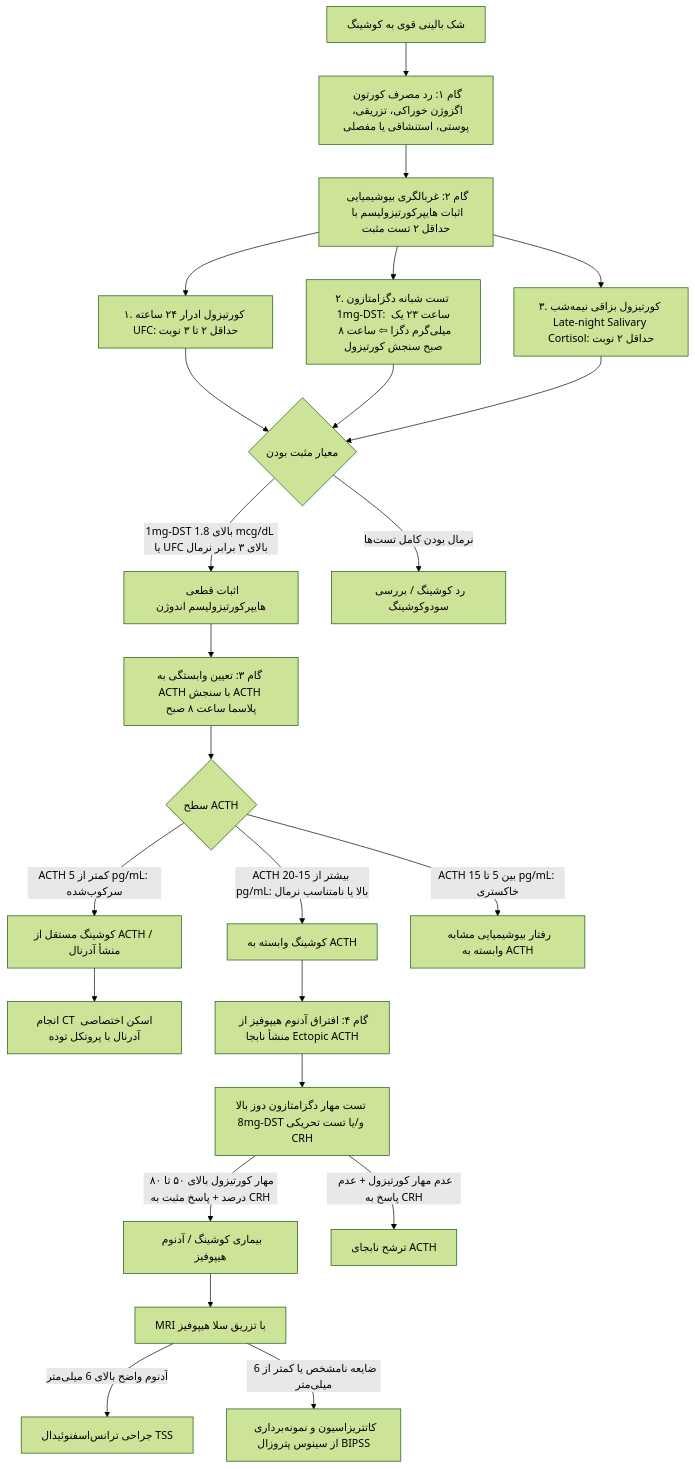
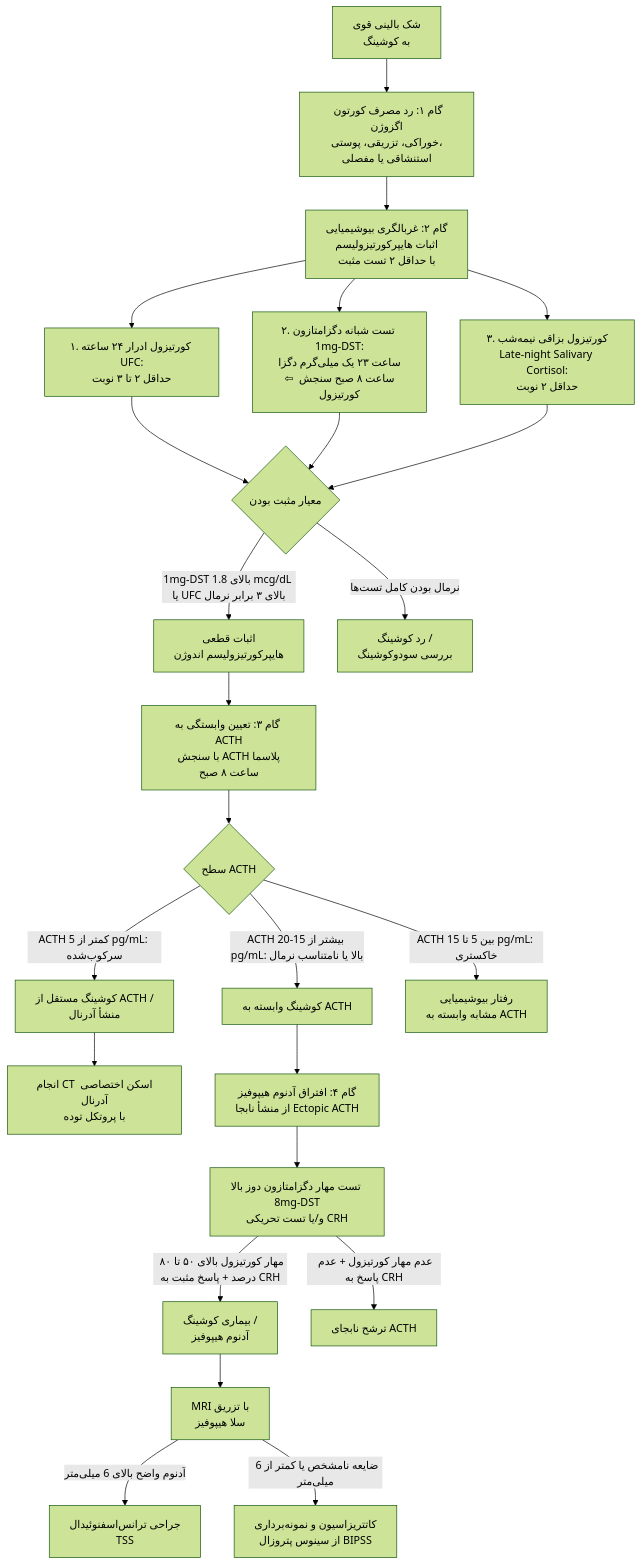
Before and after one commit to neopulse-hub/TUMS-1402-1-neo: the fourth of 10 diagrams in 07/مبانی غدد/آدرنال.md, drawn with Mermaid (forest theme). The commit also changed other lines of this file, not shown here.

````diff
--- a/07/مبانی غدد/آدرنال.md
+++ b/07/مبانی غدد/آدرنال.md
@@ -107,32 +108,32 @@
 ```mermaid
 flowchart TD
-    Susp[شک بالینی قوی به کوشینگ] --> Step1[گام ۱: رد مصرف کورتون اگزوژن خوراکی، تزریقی، پوستی، استنشاقی یا مفصلی]
-    
-    Step1 --> Screen[گام ۲: غربالگری بیوشیمیایی اثبات هایپرکورتیزولیسم با حداقل ۲ تست مثبت]
-    Screen --> T1[۱. کورتیزول ادرار ۲۴ ساعته UFC: حداقل ۲ تا ۳ نوبت]
-    Screen --> T2[۲. تست شبانه دگزامتازون 1mg-DST: ساعت ۲۳ یک میلی‌گرم دگزا ⇦ ساعت ۸ صبح سنجش کورتیزول]
-    Screen --> T3[۳. کورتیزول بزاقی نیمه‌شب Late-night Salivary Cortisol: حداقل ۲ نوبت]
 
-    T1 & T2 & T3 --> CutOff{معیار مثبت بودن}
-    CutOff -->|1mg-DST بالای 1.8 mcg/dL یا UFC بالای ۳ برابر نرمال| Confirmed[اثبات قطعی هایپرکورتیزولیسم اندوژن]
-    CutOff -->|نرمال بودن کامل تست‌ها| Exclude[رد کوشینگ / بررسی سودوکوشینگ]
+Susp[شک بالینی قوی<br>به کوشینگ] --> Step1[گام ۱: رد مصرف کورتون اگزوژن<br>خوراکی، تزریقی، پوستی،<br>استنشاقی یا مفصلی]
+Step1 --> Screen[گام ۲: غربالگری بیوشیمیایی<br>اثبات هایپرکورتیزولیسم<br>با حداقل ۲ تست مثبت]
+Screen --> T1[۱. کورتیزول ادرار ۲۴ ساعته UFC:<br>حداقل ۲ تا ۳ نوبت]
+Screen --> T2[۲. تست شبانه دگزامتازون 1mg-DST:<br>ساعت ۲۳ یک میلی‌گرم دگزا<br>⇦ ساعت ۸ صبح سنجش کورتیزول]
+Screen --> T3[۳. کورتیزول بزاقی نیمه‌شب<br>Late-night Salivary Cortisol:<br>حداقل ۲ نوبت]
 
-    Confirmed --> Step2[گام ۳: تعیین وابستگی به ACTH با سنجش ACTH پلاسما ساعت ۸ صبح]
-    Step2 --> ACTH_Val{سطح ACTH}
-    
-    ACTH_Val -->|ACTH کمتر از 5 pg/mL: سرکوب‌شده| Indep[کوشینگ مستقل از ACTH / منشأ آدرنال]
-    ACTH_Val -->|ACTH بیشتر از 15-20 pg/mL: بالا یا نامتناسب نرمال| Dep[کوشینگ وابسته به ACTH]
-    ACTH_Val -->|ACTH بین 5 تا 15 pg/mL: خاکستری| Inappropriate[رفتار بیوشیمیایی مشابه وابسته به ACTH]
+T1 & T2 & T3 --> CutOff{معیار مثبت بودن}
+CutOff -->|1mg-DST بالای 1.8 mcg/dL یا UFC بالای ۳ برابر نرمال| Confirmed[اثبات قطعی<br>هایپرکورتیزولیسم اندوژن]
+CutOff -->|نرمال بودن کامل تست‌ها| Exclude[رد کوشینگ /<br>بررسی سودوکوشینگ]
 
-    Indep --> CT_Adrenal[انجام CT اسکن اختصاصی آدرنال با پروتکل توده]
-    
-    Dep --> Step3[گام ۴: افتراق آدنوم هیپوفیز از منشأ نابجا Ectopic ACTH]
-    Step3 --> Test_High[تست مهار دگزامتازون دوز بالا 8mg-DST و/یا تست تحریکی CRH]
-    
-    Test_High -->|مهار کورتیزول بالای ۵۰ تا ۸۰ درصد + پاسخ مثبت به CRH| CD[بیماری کوشینگ / آدنوم هیپوفیز]
-    Test_High -->|عدم مهار کورتیزول + عدم پاسخ به CRH| Ectopic[ترشح نابجای ACTH]
+Confirmed --> Step2[گام ۳: تعیین وابستگی به ACTH<br>با سنجش ACTH پلاسما<br>ساعت ۸ صبح]
+Step2 --> ACTH_Val{سطح ACTH}
 
-    CD --> MRI_Pit[MRI با تزریق سلا هیپوفیز]
-    MRI_Pit -->|آدنوم واضح بالای 6 میلی‌متر| TSS[جراحی ترانس‌اسفنوئیدال TSS]
-    MRI_Pit -->|ضایعه نامشخص یا کمتر از 6 میلی‌متر| BIPSS[کاتتریزاسیون و نمونه‌برداری از سینوس پتروزال BIPSS]
+ACTH_Val -->|ACTH کمتر از 5 pg/mL: سرکوب‌شده| Indep[کوشینگ مستقل از ACTH /<br>منشأ آدرنال]
+ACTH_Val -->|ACTH بیشتر از 15-20 pg/mL: بالا یا نامتناسب نرمال| Dep[کوشینگ وابسته به ACTH]
+ACTH_Val -->|ACTH بین 5 تا 15 pg/mL: خاکستری| Inappropriate[رفتار بیوشیمیایی<br>مشابه وابسته به ACTH]
+
+Indep --> CT_Adrenal[انجام CT اسکن اختصاصی آدرنال<br>با پروتکل توده]
+
+Dep --> Step3[گام ۴: افتراق آدنوم هیپوفیز<br>از منشأ نابجا Ectopic ACTH]
+Step3 --> Test_High[تست مهار دگزامتازون دوز بالا 8mg-DST<br>و/یا تست تحریکی CRH]
+
+Test_High -->|مهار کورتیزول بالای ۵۰ تا ۸۰ درصد + پاسخ مثبت به CRH| CD[بیماری کوشینگ /<br>آدنوم هیپوفیز]
+Test_High -->|عدم مهار کورتیزول + عدم پاسخ به CRH| Ectopic[ترشح نابجای ACTH]
+
+CD --> MRI_Pit[MRI با تزریق<br>سلا هیپوفیز]
+MRI_Pit -->|آدنوم واضح بالای 6 میلی‌متر| TSS[جراحی ترانس‌اسفنوئیدال<br>TSS]
+MRI_Pit -->|ضایعه نامشخص یا کمتر از 6 میلی‌متر| BIPSS[کاتتریزاسیون و نمونه‌برداری<br>از سینوس پتروزال BIPSS]
 ```
````
